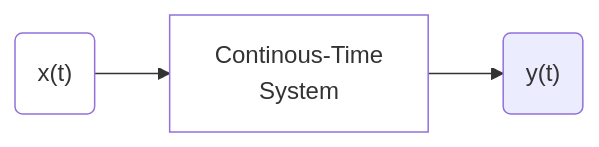
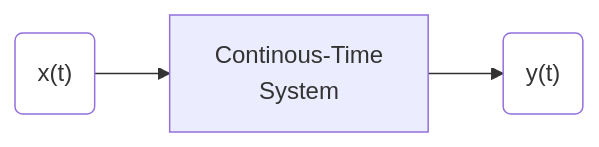
The diagram in signal-processing/kutz/README.md (setrar/dsp), drawn with Mermaid before and after one commit.

````diff
--- a/signal-processing/kutz/README.md
+++ b/signal-processing/kutz/README.md
@@ -50,7 +50,7 @@
 ```mermaid
 %%{init: {"flowchart": {"htmlLabels": false}} }%%
 flowchart LR
     A("x(t)"):::someclass -->B[Continous-Time \n System]
-    B:::someclass-->id("y(t)")
+    B-->id("y(t)"):::someclass
     classDef someclass fill:#fff
 ```
````
